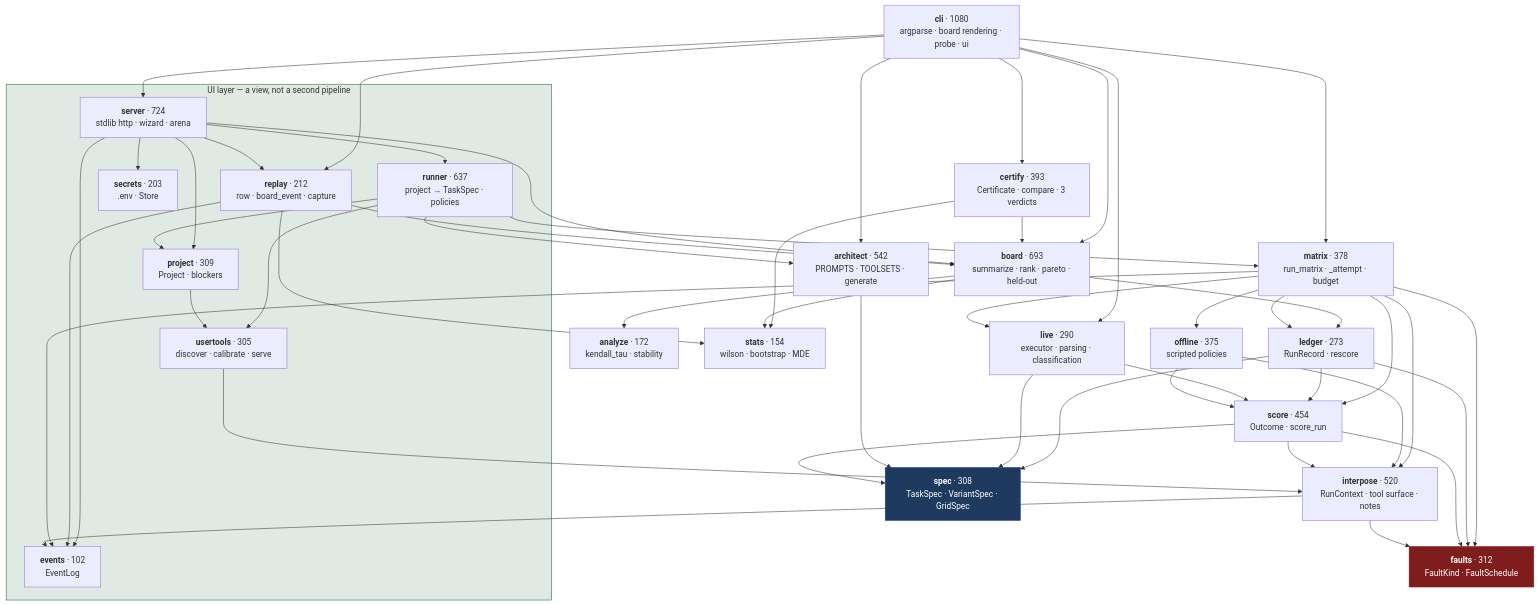
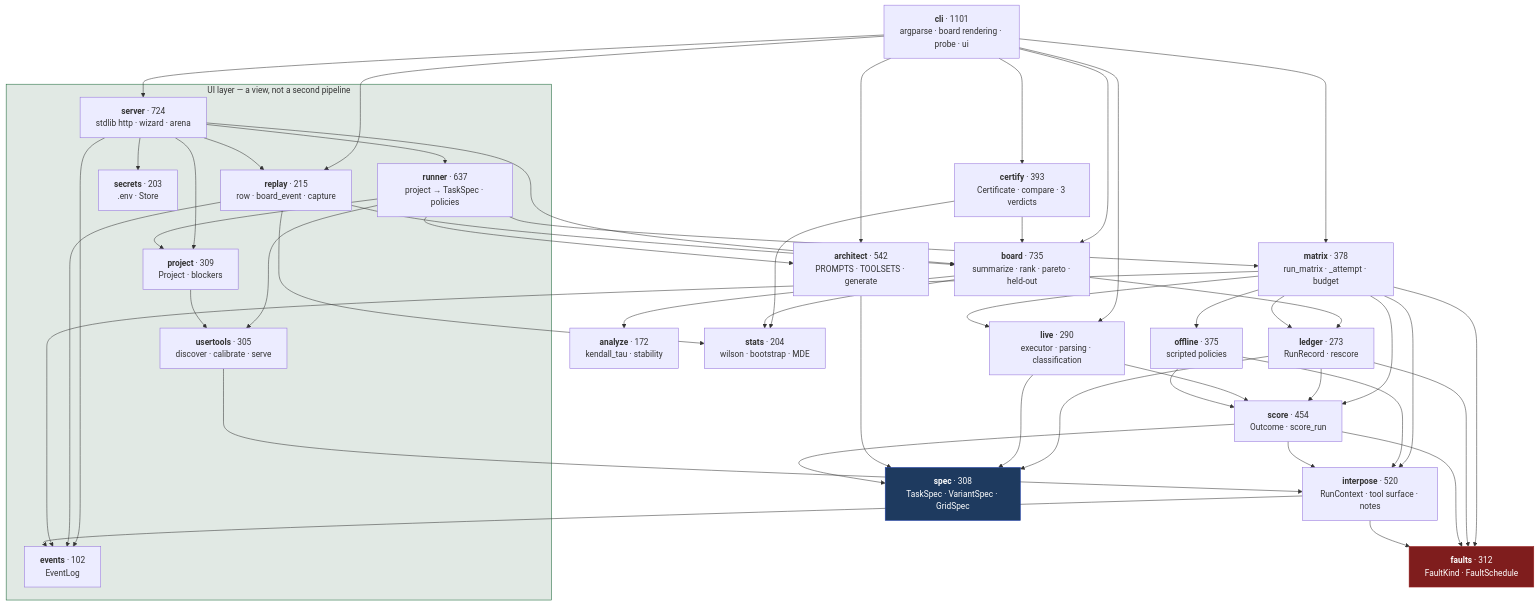
Before and after one commit to Mehul-Gupta-SMH/agent-gauntlet: the first of 4 diagrams in docs/architecture/lld.md, drawn with Mermaid. The commit also changed other lines of this file and 13 other files, not shown here.

````diff
--- a/docs/architecture/lld.md
+++ b/docs/architecture/lld.md
@@ -9,47 +9,47 @@
 ```mermaid
 flowchart TD
     subgraph ui["UI layer — a view, not a second pipeline"]
         SERVER["<b>server</b> · 724<br/>stdlib http · wizard · arena"]
         RUNNER["<b>runner</b> · 637<br/>project → TaskSpec · policies"]
         USERT["<b>usertools</b> · 305<br/>discover · calibrate · serve"]
         PROJECT["<b>project</b> · 309<br/>Project · blockers"]
         SECRETS["<b>secrets</b> · 203<br/>.env · Store"]
         EVENTS["<b>events</b> · 102<br/>EventLog"]
-        REPLAY["<b>replay</b> · 212<br/>row · board_event · capture"]
+        REPLAY["<b>replay</b> · 215<br/>row · board_event · capture"]
     end
 
-    CLI["<b>cli</b> · 1080<br/>argparse · board rendering · probe · ui"]
-    BOARD["<b>board</b> · 693<br/>summarize · rank · pareto · held-out"]
+    CLI["<b>cli</b> · 1101<br/>argparse · board rendering · probe · ui"]
+    BOARD["<b>board</b> · 735<br/>summarize · rank · pareto · held-out"]
     ARCH["<b>architect</b> · 542<br/>PROMPTS · TOOLSETS · generate"]
     SCORE["<b>score</b> · 454<br/>Outcome · score_run"]
     INTER["<b>interpose</b> · 520<br/>RunContext · tool surface · notes"]
     OFFLINE["<b>offline</b> · 375<br/>scripted policies"]
     MATRIX["<b>matrix</b> · 378<br/>run_matrix · _attempt · budget"]
     FAULTS["<b>faults</b> · 312<br/>FaultKind · FaultSchedule"]
     SPEC["<b>spec</b> · 308<br/>TaskSpec · VariantSpec · GridSpec"]
     LIVE["<b>live</b> · 290<br/>executor · parsing · classification"]
     LEDGER["<b>ledger</b> · 273<br/>RunRecord · rescore"]
     ANALYZE["<b>analyze</b> · 172<br/>kendall_tau · stability"]
     CERT["<b>certify</b> · 393<br/>Certificate · compare · 3 verdicts"]
-    STATS["<b>stats</b> · 154<br/>wilson · bootstrap · MDE"]
+    STATS["<b>stats</b> · 204<br/>wilson · bootstrap · MDE"]
 
     CLI --> BOARD & MATRIX & ARCH & LIVE & SERVER & CERT & REPLAY
     CERT --> BOARD & STATS
     SERVER --> PROJECT & RUNNER & SECRETS & EVENTS & BOARD & REPLAY
     REPLAY --> BOARD & EVENTS & STATS
     RUNNER --> MATRIX & USERT & PROJECT & ARCH
     PROJECT --> USERT
     USERT --> INTER
     BOARD --> LEDGER & ANALYZE & STATS
     MATRIX --> LEDGER & SCORE & LIVE & OFFLINE & INTER & FAULTS & EVENTS
     LEDGER --> SCORE & FAULTS & SPEC
     LIVE --> SCORE & SPEC
     OFFLINE --> INTER & SCORE
     ARCH --> SPEC
     SCORE --> INTER & FAULTS & SPEC
     INTER --> FAULTS & EVENTS
 
     style SPEC fill:#1e3a5f,stroke:#1e40af,color:#fff
     style FAULTS fill:#7f1d1d,stroke:#991b1b,color:#fff
     style ui fill:#14532d20,stroke:#166534
 ```
````
